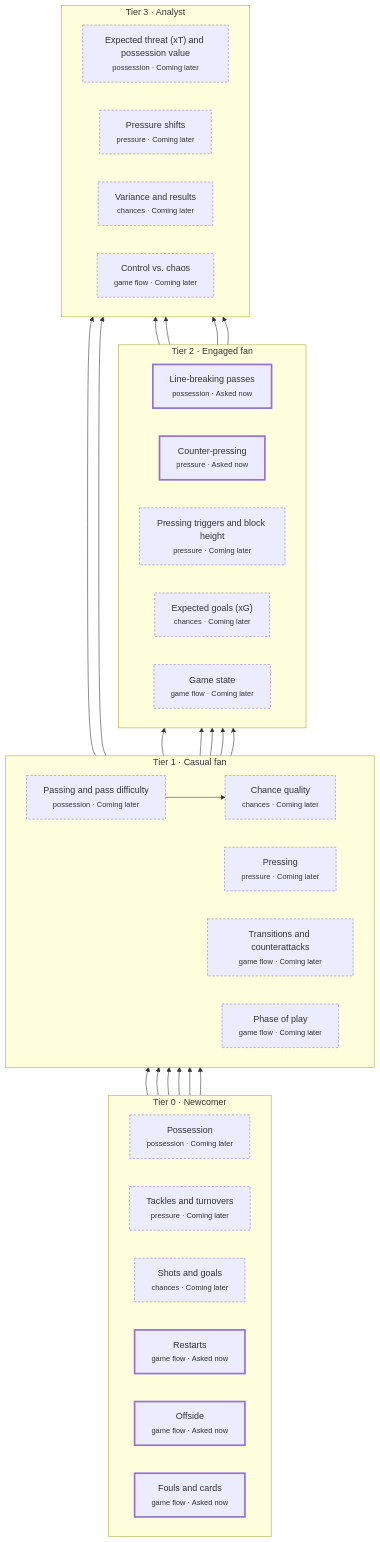
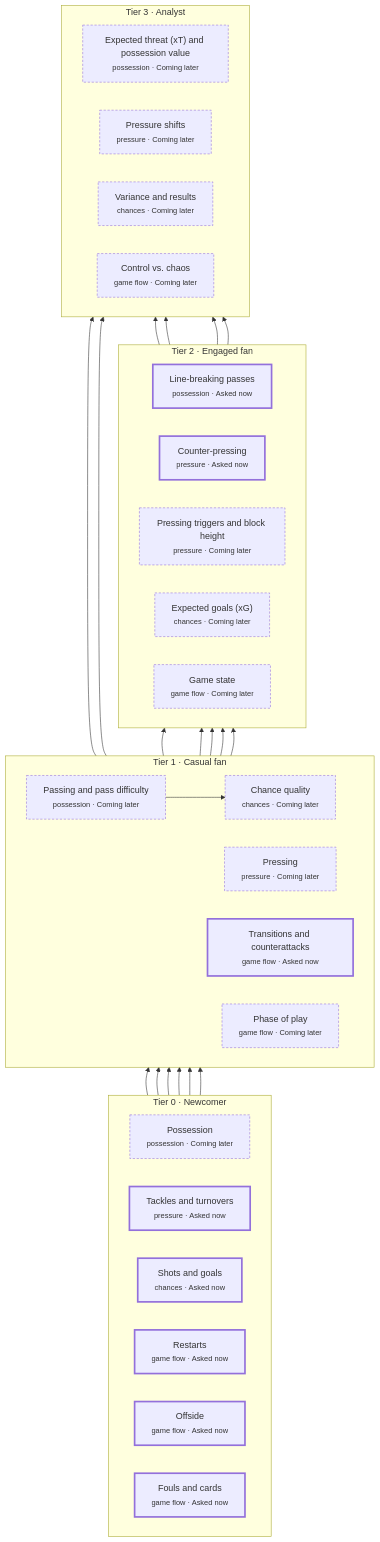
One commit to lily514/between-the-lines changed the diagram in docs/concept-map.md. Above: the diagram before and after it, drawn with Mermaid. The commit also changed other lines of this file and 2 other files, not shown here.

Commit message:
Wrap up milestone 5: summary, concept-map doc and README

````diff
--- a/docs/concept-map.md
+++ b/docs/concept-map.md
@@ -24,57 +24,57 @@
 ```mermaid
 flowchart BT
   subgraph T3["Tier 3 · Analyst"]
     direction LR
     expected_threat["Expected threat (xT) and possession value<br/><small>possession · Coming later</small>"]
     pressure_shifts["Pressure shifts<br/><small>pressure · Coming later</small>"]
     variance["Variance and results<br/><small>chances · Coming later</small>"]
     control_vs_chaos["Control vs. chaos<br/><small>game flow · Coming later</small>"]
   end
   subgraph T2["Tier 2 · Engaged fan"]
     direction LR
     line_breaking_pass["Line-breaking passes<br/><small>possession · Asked now</small>"]
     counter_press["Counter-pressing<br/><small>pressure · Asked now</small>"]
     press_triggers["Pressing triggers and block height<br/><small>pressure · Coming later</small>"]
     expected_goals["Expected goals (xG)<br/><small>chances · Coming later</small>"]
     game_state["Game state<br/><small>game flow · Coming later</small>"]
   end
   subgraph T1["Tier 1 · Casual fan"]
     direction LR
     passing["Passing and pass difficulty<br/><small>possession · Coming later</small>"]
     pressing["Pressing<br/><small>pressure · Coming later</small>"]
     chance_quality["Chance quality<br/><small>chances · Coming later</small>"]
-    transitions["Transitions and counterattacks<br/><small>game flow · Coming later</small>"]
+    transitions["Transitions and counterattacks<br/><small>game flow · Asked now</small>"]
     phase_of_play["Phase of play<br/><small>game flow · Coming later</small>"]
   end
   subgraph T0["Tier 0 · Newcomer"]
     direction LR
     possession["Possession<br/><small>possession · Coming later</small>"]
-    tackles["Tackles and turnovers<br/><small>pressure · Coming later</small>"]
-    shots_and_goals["Shots and goals<br/><small>chances · Coming later</small>"]
+    tackles["Tackles and turnovers<br/><small>pressure · Asked now</small>"]
+    shots_and_goals["Shots and goals<br/><small>chances · Asked now</small>"]
     restarts["Restarts<br/><small>game flow · Asked now</small>"]
     offside["Offside<br/><small>game flow · Asked now</small>"]
     fouls_and_cards["Fouls and cards<br/><small>game flow · Asked now</small>"]
   end
   possession --> passing
   tackles --> pressing
   shots_and_goals --> chance_quality
   passing --> chance_quality
   restarts --> transitions
   tackles --> transitions
   possession --> phase_of_play
   passing --> line_breaking_pass
   pressing --> counter_press
   pressing --> press_triggers
   chance_quality --> expected_goals
   transitions --> game_state
   line_breaking_pass --> expected_threat
   chance_quality --> expected_threat
   press_triggers --> pressure_shifts
   expected_goals --> variance
   game_state --> control_vs_chaos
   pressing --> control_vs_chaos
   classDef asked stroke-width:3px
   classDef later stroke-dasharray:4 3
-  class counter_press,fouls_and_cards,line_breaking_pass,offside,restarts asked
-  class possession,tackles,shots_and_goals,passing,pressing,chance_quality,transitions,phase_of_play,press_triggers,expected_goals,game_state,expected_threat,pressure_shifts,variance,control_vs_chaos later
+  class counter_press,fouls_and_cards,line_breaking_pass,offside,restarts,shots_and_goals,tackles,transitions asked
+  class possession,passing,pressing,chance_quality,phase_of_play,press_triggers,expected_goals,game_state,expected_threat,pressure_shifts,variance,control_vs_chaos later
 ```
````
